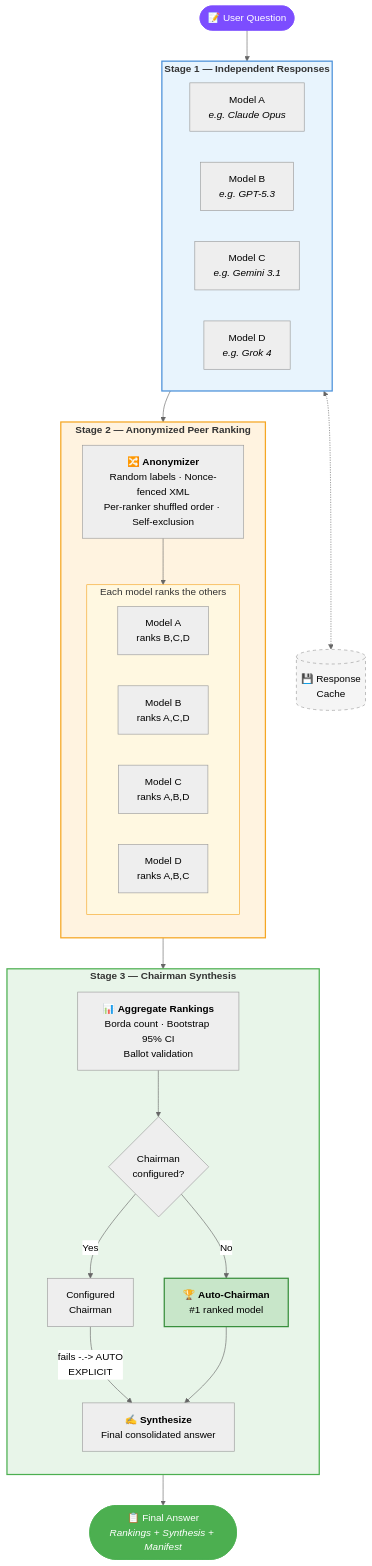
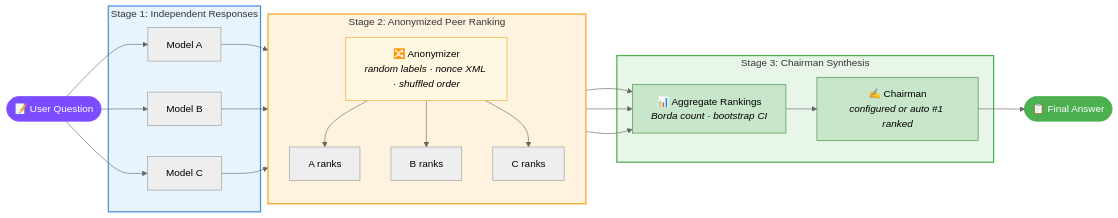
The diagram in README.md (0ri/llm-council), drawn with Mermaid (neutral theme) before and after one commit.

Commit message:
docs: compact pipeline diagram with color-coded stages
Restore horizontal LR layout for compactness while keeping color-coded
stage subgraphs, styled nodes, and auto-chairman annotation.

````diff
--- a/README.md
+++ b/README.md
@@ -275,62 +275,50 @@
 ```mermaid
-flowchart TD
+graph LR
     Q(["📝 User Question"])
 
-    subgraph S1["<b>Stage 1 — Independent Responses</b>"]
-        direction LR
-        M1["Model A<br/><i>e.g. Claude Opus</i>"]
-        M2["Model B<br/><i>e.g. GPT-5.3</i>"]
-        M3["Model C<br/><i>e.g. Gemini 3.1</i>"]
-        M4["Model D<br/><i>e.g. Grok 4</i>"]
+    subgraph S1["Stage 1: Independent Responses"]
+        B1["Model A"]
+        P1["Model B"]
+        O1["Model C"]
     end
 
-    CACHE[("💾 Response<br/>Cache")]
-
-    subgraph S2["<b>Stage 2 — Anonymized Peer Ranking</b>"]
+    subgraph S2["Stage 2: Anonymized Peer Ranking"]
         direction TB
-        ANON["🔀 <b>Anonymizer</b><br/>Random labels · Nonce-fenced XML<br/>Per-ranker shuffled order · Self-exclusion"]
-
-        subgraph RANK["Each model ranks the others"]
-            direction LR
-            R1["Model A<br/>ranks B,C,D"]
-            R2["Model B<br/>ranks A,C,D"]
-            R3["Model C<br/>ranks A,B,D"]
-            R4["Model D<br/>ranks A,B,C"]
-        end
-
-        ANON --> RANK
+        AN["🔀 Anonymizer<br/><i>random labels · nonce XML · shuffled order</i>"]
+        B2["A ranks"]
+        P2["B ranks"]
+        O2["C ranks"]
+        AN --> B2
+        AN --> P2
+        AN --> O2
     end
 
-    subgraph S3["<b>Stage 3 — Chairman Synthesis</b>"]
-        direction TB
-        AGG["📊 <b>Aggregate Rankings</b><br/>Borda count · Bootstrap 95% CI<br/>Ballot validation"]
-        SELECT{"Chairman<br/>configured?"}
-        EXPLICIT["Configured<br/>Chairman"]
-        AUTO["🏆 <b>Auto-Chairman</b><br/>#1 ranked model"]
-        SYNTH["✍️ <b>Synthesize</b><br/>Final consolidated answer"]
-
-        AGG --> SELECT
-        SELECT -- "Yes" --> EXPLICIT
-        SELECT -- "No" --> AUTO
-        EXPLICIT -- "fails" -.-> AUTO
-        EXPLICIT --> SYNTH
-        AUTO --> SYNTH
+    subgraph S3["Stage 3: Chairman Synthesis"]
+        AGG["📊 Aggregate Rankings<br/><i>Borda count · bootstrap CI</i>"]
+        CH["✍️ Chairman<br/><i>configured or auto #1 ranked</i>"]
+        AGG --> CH
     end
 
-    ANSWER(["📋 Final Answer<br/><i>Rankings + Synthesis + Manifest</i>"])
+    Q --> B1
+    Q --> P1
+    Q --> O1
 
-    Q --> S1
-    S1 <-.-> CACHE
-    S1 --> ANON
-    RANK --> AGG
-    SYNTH --> ANSWER
+    B1 --> AN
+    P1 --> AN
+    O1 --> AN
+
+    B2 --> AGG
+    P2 --> AGG
+    O2 --> AGG
+
+    CH --> R(["📋 Final Answer"])
 
     style S1 fill:#e8f4fd,stroke:#4a90d9,stroke-width:2px
     style S2 fill:#fff3e0,stroke:#f5a623,stroke-width:2px
     style S3 fill:#e8f5e9,stroke:#4caf50,stroke-width:2px
-    style RANK fill:#fff8e1,stroke:#f5a623,stroke-width:1px
     style Q fill:#7c4dff,color:#fff,stroke:#7c4dff
-    style ANSWER fill:#4caf50,color:#fff,stroke:#4caf50
-    style CACHE fill:#f5f5f5,stroke:#999,stroke-dasharray: 5 5
-    style AUTO fill:#c8e6c9,stroke:#388e3c,stroke-width:2px
+    style R fill:#4caf50,color:#fff,stroke:#4caf50
+    style AN fill:#fff8e1,stroke:#f5a623
+    style AGG fill:#c8e6c9,stroke:#388e3c
+    style CH fill:#c8e6c9,stroke:#388e3c
 ```
````
